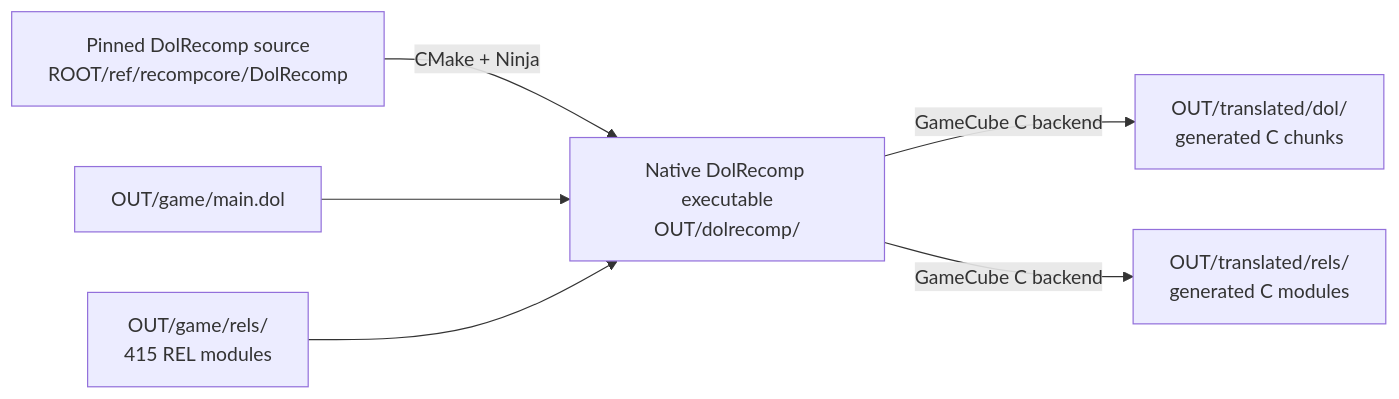
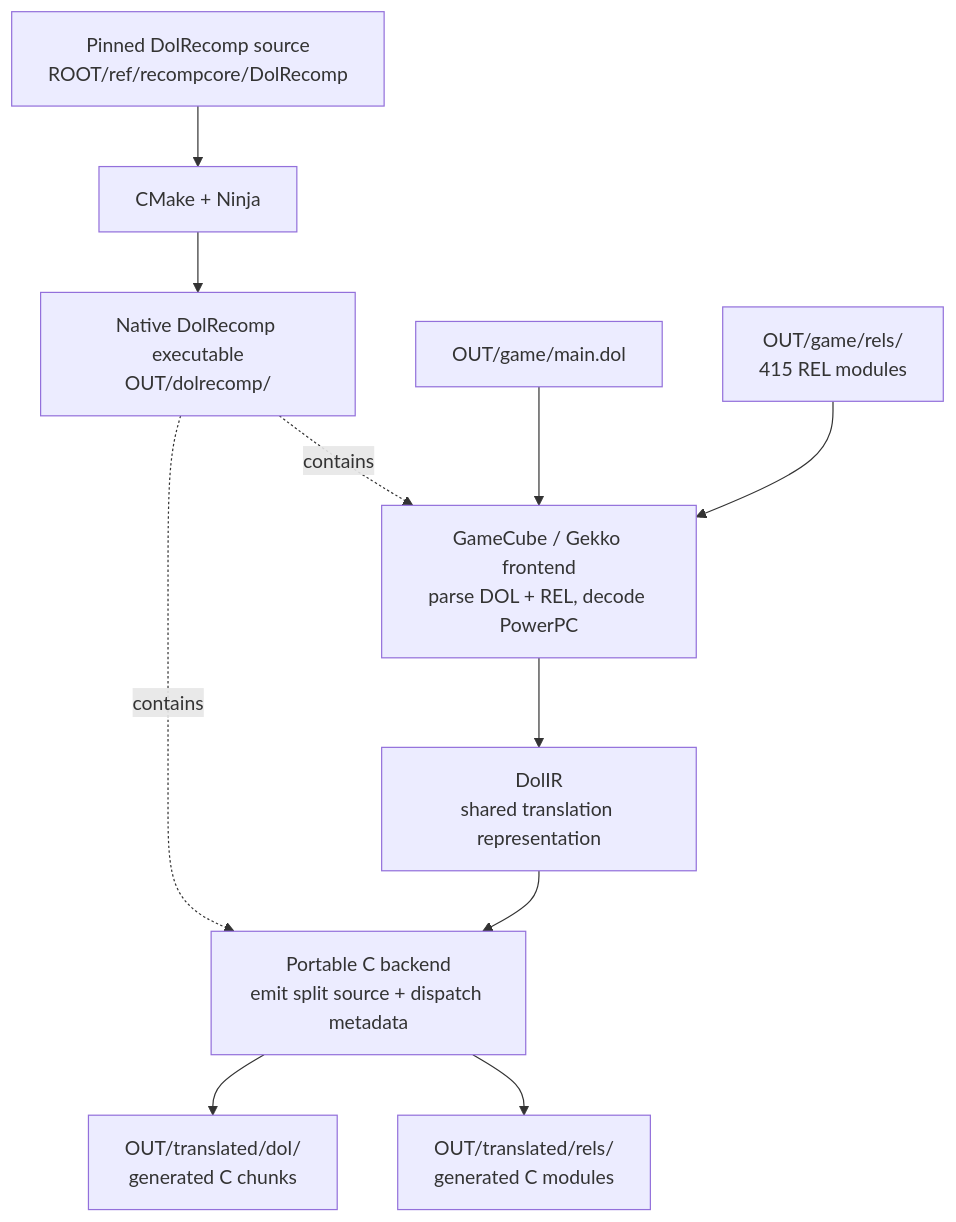
Before and after one commit to Aelbannan/boat_of_daphnes: the seventh of 10 diagrams in docs/architecture/Build.md, drawn with Mermaid. The commit also changed other lines of this file, not shown here.

Commit message:
docs: explain the DolRecomp C backend

````diff
--- a/docs/architecture/Build.md
+++ b/docs/architecture/Build.md
@@ -361,15 +361,22 @@
 ```mermaid
-flowchart LR
+flowchart TD
     Source["Pinned DolRecomp source<br/>ROOT/ref/recompcore/DolRecomp"]
+    Build["CMake + Ninja"]
     Tool["Native DolRecomp executable<br/>OUT/dolrecomp/"]
     Dol["OUT/game/main.dol"]
     Rels["OUT/game/rels/<br/>415 REL modules"]
+    Frontend["GameCube / Gekko frontend<br/>parse DOL + REL, decode PowerPC"]
+    IR["DolIR<br/>shared translation representation"]
+    Backend["Portable C backend<br/>emit split source + dispatch metadata"]
     DolC["OUT/translated/dol/<br/>generated C chunks"]
     RelC["OUT/translated/rels/<br/>generated C modules"]
 
-    Source -->|CMake + Ninja| Tool
-    Tool -->|GameCube C backend| DolC
-    Tool -->|GameCube C backend| RelC
-    Dol --> Tool
-    Rels --> Tool
+    Source --> Build --> Tool
+    Tool -. "contains" .-> Frontend
+    Tool -. "contains" .-> Backend
+    Dol --> Frontend
+    Rels --> Frontend
+    Frontend --> IR --> Backend
+    Backend --> DolC
+    Backend --> RelC
 ```
````
